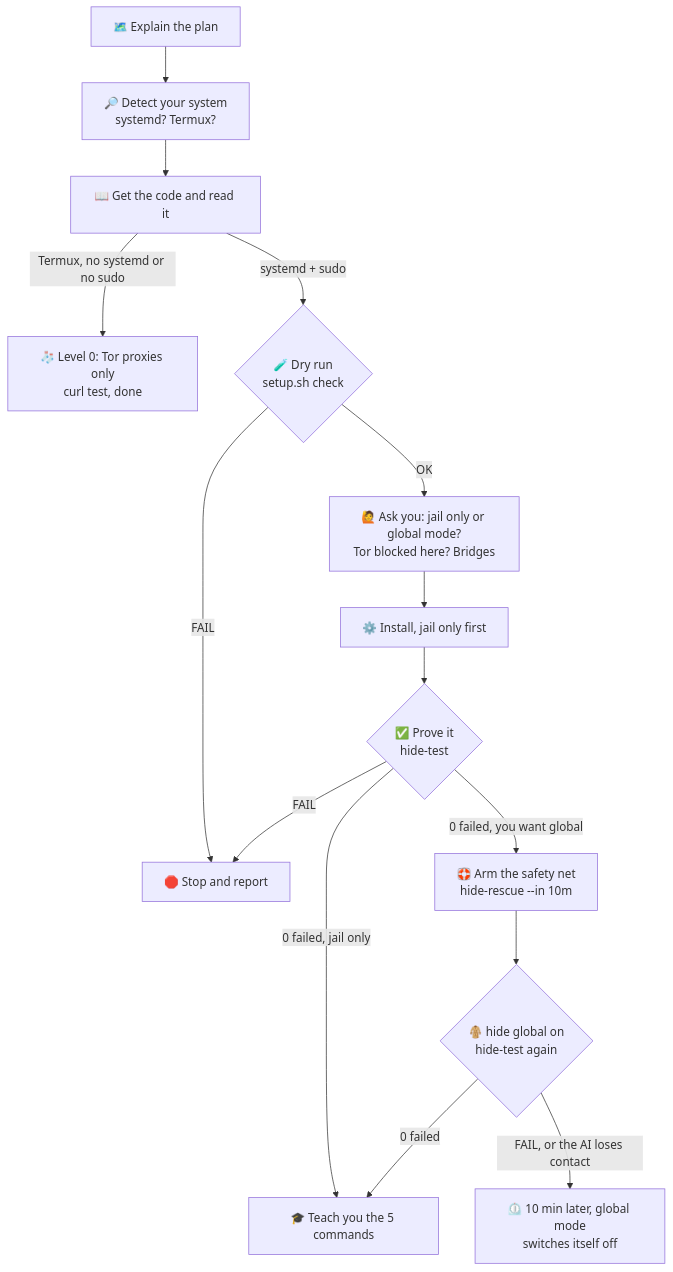
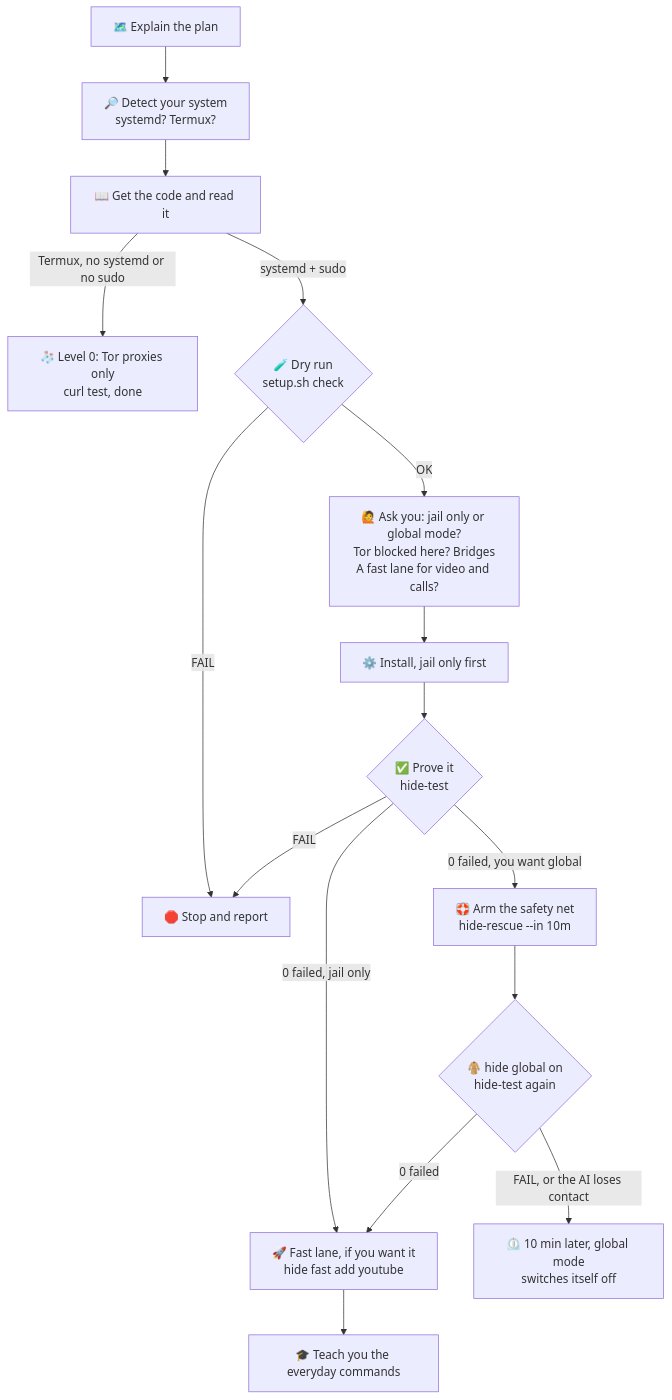
One commit to Univers42/invisibility-cloak changed the diagram in README.md. Above: the diagram before and after it, drawn with Mermaid. The commit also changed other lines of this file, not shown here.

First line of the commit message:
README: the fast lane — YouTube, calls and games without Tor, and its price

````diff
--- a/README.md
+++ b/README.md
@@ -249,17 +290,18 @@
 ```mermaid
 flowchart TD
     A["🗺️ Explain the plan"] --> B["🔎 Detect your system<br/>systemd? Termux?"]
     B --> C["📖 Get the code and read it"]
     C -->|"Termux, no systemd or no sudo"| L0["🧦 Level 0: Tor proxies only<br/>curl test, done"]
     C -->|"systemd + sudo"| D{"🧪 Dry run<br/>setup.sh check"}
     D -->|"FAIL"| X["🛑 Stop and report"]
-    D -->|"OK"| Q["🙋 Ask you: jail only or global mode?<br/>Tor blocked here? Bridges"]
+    D -->|"OK"| Q["🙋 Ask you: jail only or global mode?<br/>Tor blocked here? Bridges<br/>A fast lane for video and calls?"]
     Q --> I["⚙️ Install, jail only first"]
     I --> P{"✅ Prove it<br/>hide-test"}
     P -->|"FAIL"| X
-    P -->|"0 failed, jail only"| T["🎓 Teach you the 5 commands"]
+    P -->|"0 failed, jail only"| F["🚀 Fast lane, if you want it<br/>hide fast add youtube"]
+    F --> T["🎓 Teach you the everyday commands"]
     P -->|"0 failed, you want global"| R["🛟 Arm the safety net<br/>hide-rescue --in 10m"]
     R --> G{"🧥 hide global on<br/>hide-test again"}
-    G -->|"0 failed"| T
+    G -->|"0 failed"| F
     G -->|"FAIL, or the AI loses contact"| Y["⏲️ 10 min later, global mode<br/>switches itself off"]
 ```
````
